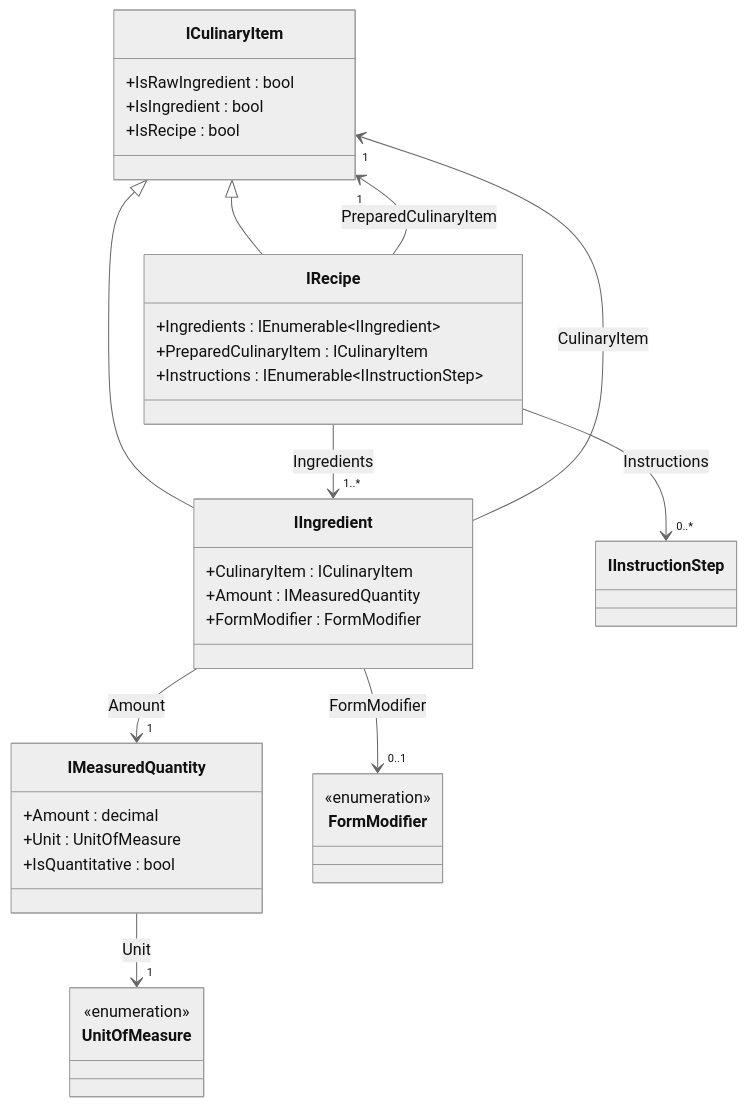
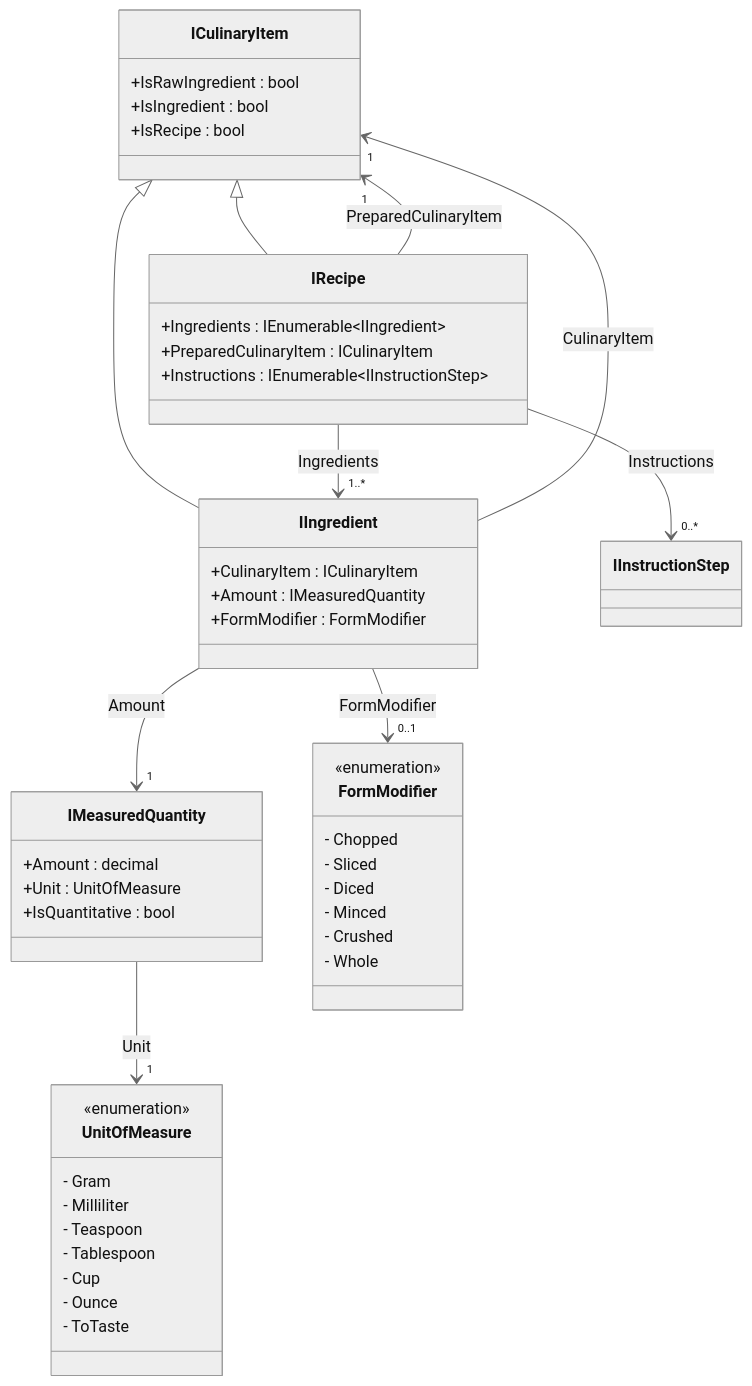
The diagram in Diagram.md (PhoenixAscendDev/Random), drawn with Mermaid (neutral theme) before and after one commit.

````diff
--- a/Diagram.md
+++ b/Diagram.md
@@ -1,53 +1,67 @@
 ```mermaid
 classDiagram
-    %% Base Interface First (for clean inheritance lines)
+    %% Base Interface
     class ICulinaryItem {
         +IsRawIngredient : bool
         +IsIngredient : bool
         +IsRecipe : bool
     }
 
+    %% Recipe-Centered Types
     class IRecipe {
         +Ingredients : IEnumerable~IIngredient~
         +PreparedCulinaryItem : ICulinaryItem
         +Instructions : IEnumerable~IInstructionStep~
     }
 
     class IIngredient {
         +CulinaryItem : ICulinaryItem
         +Amount : IMeasuredQuantity
         +FormModifier : FormModifier
     }
 
     class IMeasuredQuantity {
         +Amount : decimal
         +Unit : UnitOfMeasure
         +IsQuantitative : bool
     }
 
     class IInstructionStep
 
-    %% Enums
+    %% Enums with examples
     class UnitOfMeasure {
         <<enumeration>>
+        - Gram
+        - Milliliter
+        - Teaspoon
+        - Tablespoon
+        - Cup
+        - Ounce
+        - ToTaste
     }
 
     class FormModifier {
         <<enumeration>>
+        - Chopped
+        - Sliced
+        - Diced
+        - Minced
+        - Crushed
+        - Whole
     }
 
     %% Inheritance
     ICulinaryItem <|-- IRecipe
     ICulinaryItem <|-- IIngredient
 
     %% Associations
     IRecipe --> "1..*" IIngredient : Ingredients
     IRecipe --> "0..*" IInstructionStep : Instructions
     IRecipe --> "1" ICulinaryItem : PreparedCulinaryItem
 
     IIngredient --> "1" ICulinaryItem : CulinaryItem
     IIngredient --> "1" IMeasuredQuantity : Amount
     IIngredient --> "0..1" FormModifier : FormModifier
 
     IMeasuredQuantity --> "1" UnitOfMeasure : Unit
 ```
````
